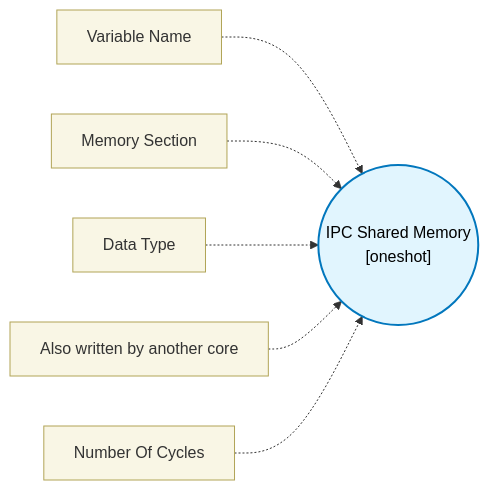
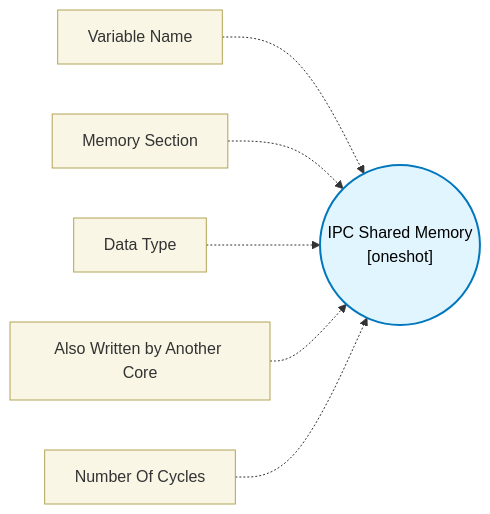
The diagram in docs/block-reference/blocks/ipc_shared_mem_block/design.md (TexasInstruments/pru-no-code-tool), drawn with Mermaid before and after one commit. The commit also changed other lines of this file and 89 other files, not shown here.

````diff
--- a/docs/block-reference/blocks/ipc_shared_mem_block/design.md
+++ b/docs/block-reference/blocks/ipc_shared_mem_block/design.md
@@ -11,11 +11,11 @@
 ```mermaid
 flowchart LR
   classDef config fill:#f9f6e5,stroke:#b1a457,stroke-width:1px,color:#333;
   classDef core fill:#e1f5fe,stroke:#0277bd,stroke-width:2px,color:#000;
   CORE(("IPC Shared Memory\n[oneshot]")):::core
   CFG0["Variable Name"]:::config -.-> CORE
   CFG1["Memory Section"]:::config -.-> CORE
   CFG2["Data Type"]:::config -.-> CORE
-  CFG3["Also written by another core"]:::config -.-> CORE
+  CFG3["Also Written by Another Core"]:::config -.-> CORE
   CFG4["Number Of Cycles"]:::config -.-> CORE
 ```
````
